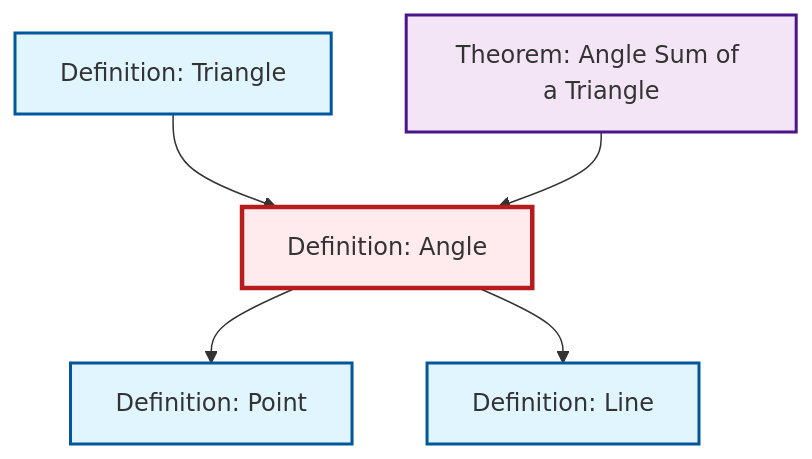
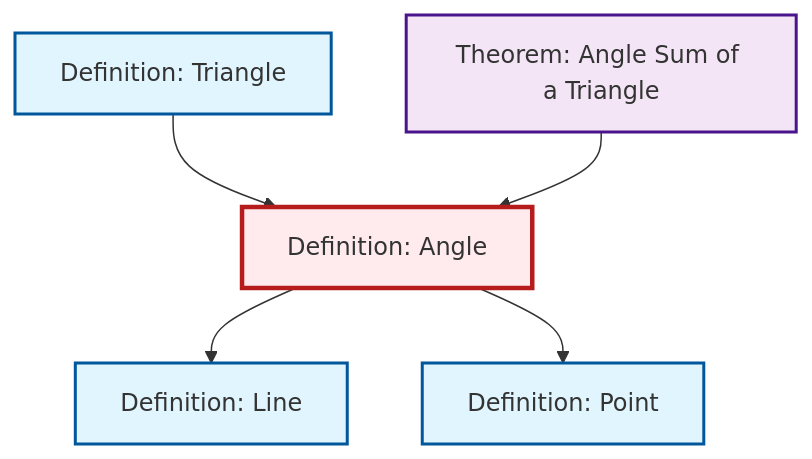
The diagram in content/en/geometry/def-angle.qmd (RK0429/ModernMath), drawn with Mermaid before and after one commit. The commit also changed other lines of this file and 417 other files, not shown here.

````diff
--- a/content/en/geometry/def-angle.qmd
+++ b/content/en/geometry/def-angle.qmd
@@ -49,23 +49,23 @@
 ```{mermaid}
 %%| fig-cap: "Local dependency graph"
 graph TD
     classDef definition fill:#e1f5fe,stroke:#01579b,stroke-width:2px
     classDef theorem fill:#f3e5f5,stroke:#4a148c,stroke-width:2px
     classDef axiom fill:#fff3e0,stroke:#e65100,stroke-width:2px
     classDef example fill:#e8f5e9,stroke:#1b5e20,stroke-width:2px
     classDef current fill:#ffebee,stroke:#b71c1c,stroke-width:3px
+    def-point["Definition: Point"]:::definition
     thm-angle-sum-triangle["Theorem: Angle Sum of a Triangle"]:::theorem
-    def-point["Definition: Point"]:::definition
     def-triangle["Definition: Triangle"]:::definition
+    def-angle["Definition: Angle"]:::definition
     def-line["Definition: Line"]:::definition
-    def-angle["Definition: Angle"]:::definition
+    def-angle --> def-line
+    def-triangle --> def-angle
     def-angle --> def-point
-    def-triangle --> def-angle
     thm-angle-sum-triangle --> def-angle
-    def-angle --> def-line
     class def-angle current
+    click def-point "def-point.html" "Go to Point definition"
     click thm-angle-sum-triangle "thm-angle-sum-triangle.html" "Go to Angle Sum of a Triangle theorem"
-    click def-point "def-point.html" "Go to Point definition"
     click def-triangle "def-triangle.html" "Go to Triangle definition"
     click def-line "def-line.html" "Go to Line definition"
 ```
````
